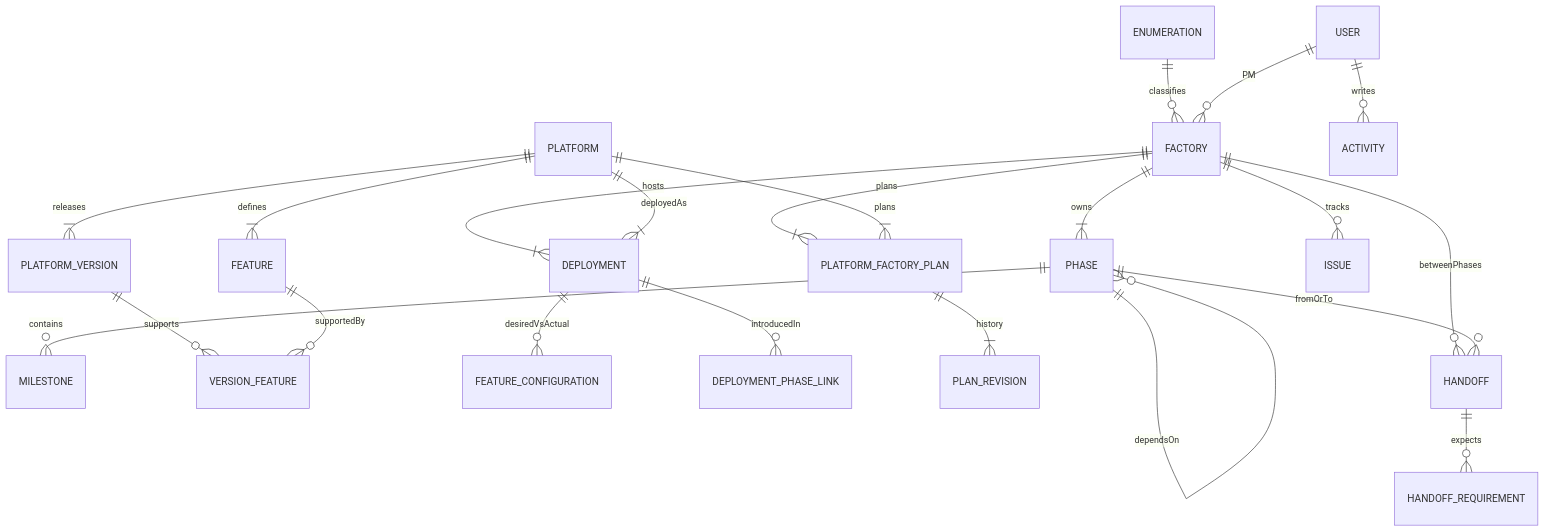
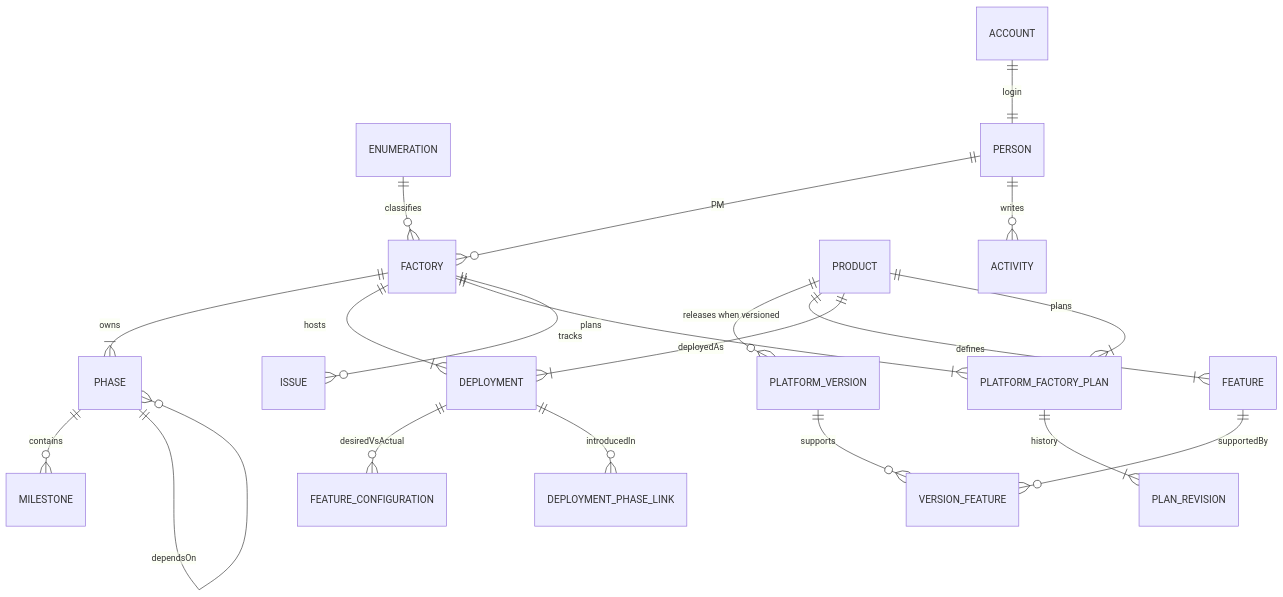
One commit to hwchiu/tomMo changed the diagram in README.md. Above: the diagram before and after it, drawn with Mermaid. The commit also changed other lines of this file and 96 other files, not shown here.

````diff
--- a/README.md
+++ b/README.md
@@ -106,24 +116,22 @@
 ```mermaid
 erDiagram
   ENUMERATION ||--o{ FACTORY : classifies
-  USER ||--o{ FACTORY : "PM"
+  PERSON ||--o{ FACTORY : "PM"
   FACTORY ||--|{ PHASE : owns
   PHASE ||--o{ MILESTONE : contains
   PHASE ||--o{ PHASE : dependsOn
-  PLATFORM ||--|{ PLATFORM_VERSION : releases
-  PLATFORM ||--|{ FEATURE : defines
+  PRODUCT ||--o{ PLATFORM_VERSION : "releases when versioned"
+  PRODUCT ||--|{ FEATURE : defines
   PLATFORM_VERSION ||--o{ VERSION_FEATURE : supports
   FEATURE ||--o{ VERSION_FEATURE : supportedBy
   FACTORY ||--|{ DEPLOYMENT : hosts
-  PLATFORM ||--|{ DEPLOYMENT : deployedAs
+  PRODUCT ||--|{ DEPLOYMENT : deployedAs
   DEPLOYMENT ||--o{ FEATURE_CONFIGURATION : desiredVsActual
   DEPLOYMENT ||--o{ DEPLOYMENT_PHASE_LINK : introducedIn
   FACTORY ||--|{ PLATFORM_FACTORY_PLAN : plans
-  PLATFORM ||--|{ PLATFORM_FACTORY_PLAN : plans
+  PRODUCT ||--|{ PLATFORM_FACTORY_PLAN : plans
   PLATFORM_FACTORY_PLAN ||--|{ PLAN_REVISION : history
-  FACTORY ||--o{ HANDOFF : betweenPhases
-  PHASE ||--o{ HANDOFF : fromOrTo
-  HANDOFF ||--o{ HANDOFF_REQUIREMENT : expects
   FACTORY ||--o{ ISSUE : tracks
-  USER ||--o{ ACTIVITY : writes
+  PERSON ||--o{ ACTIVITY : writes
+  ACCOUNT ||--|| PERSON : "login"
 ```
````
